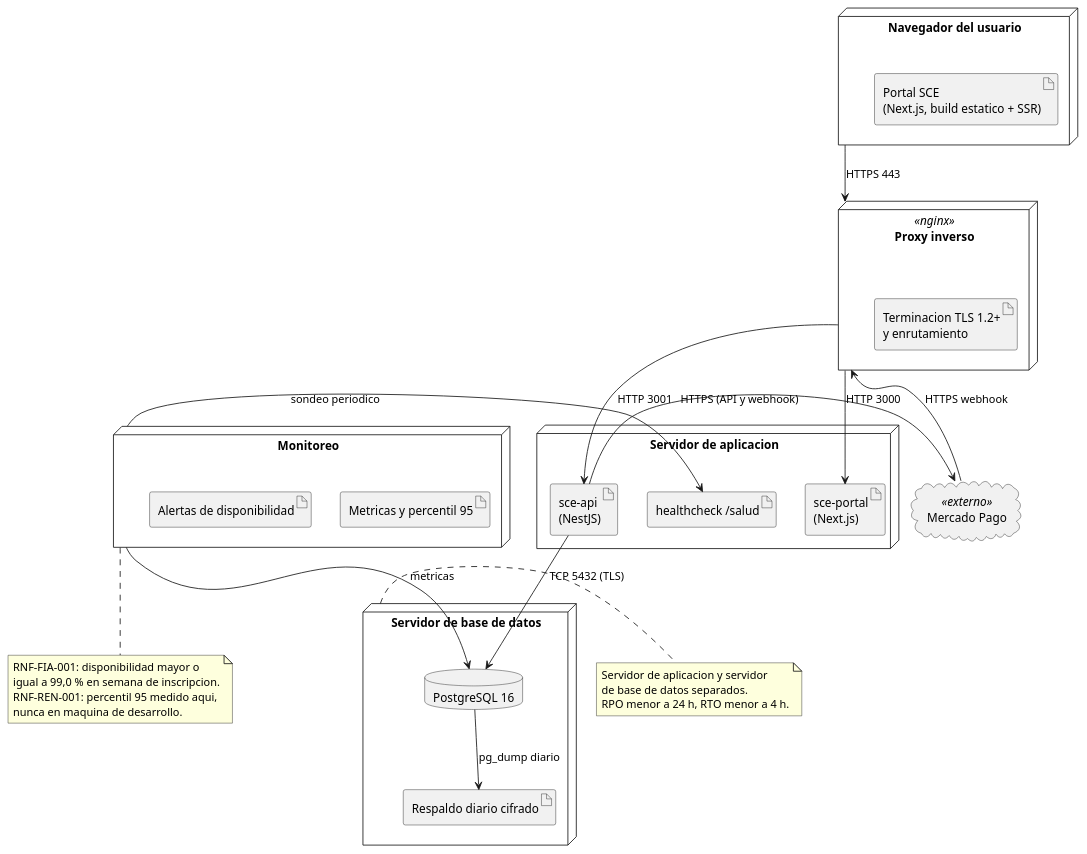
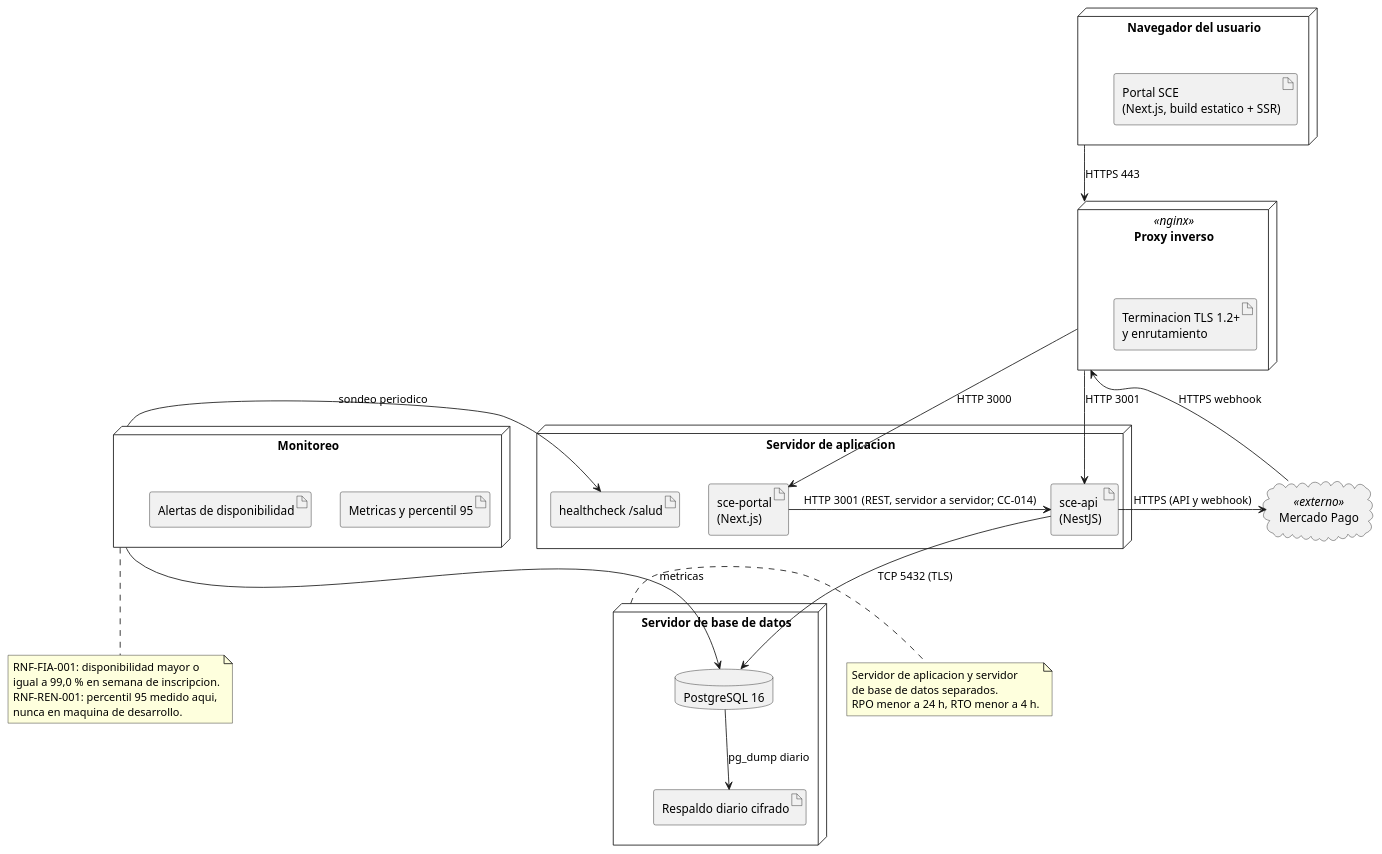
One commit to fjmp-dev/sce-control-escolar changed the diagram in docs/arquitectura/fig09-despliegue.puml. Above: the diagram before and after it, drawn with PlantUML. The commit also changed 18 other files, not shown here.

```diff
--- a/docs/arquitectura/fig09-despliegue.puml
+++ b/docs/arquitectura/fig09-despliegue.puml
@@ -1,55 +1,56 @@
 @startuml fig09-despliegue
 ' Figura 9. Diagrama de despliegue UML del ambiente piloto.
 ' Fuente: SCE-MC-001 v2.0, seccion 13.7 y Tabla 30.
 skinparam shadowing false
 
 node "Navegador del usuario" as CLIENTE {
   artifact "Portal SCE\n(Next.js, build estatico + SSR)" as APP
 }
 
 node "Proxy inverso" as PROXY <<nginx>> {
   artifact "Terminacion TLS 1.2+\ny enrutamiento" as TLS
 }
 
 node "Servidor de aplicacion" as APPSRV {
   artifact "sce-portal\n(Next.js)" as NEXT
   artifact "sce-api\n(NestJS)" as NEST
   artifact "healthcheck /salud" as HC
 }
 
 node "Servidor de base de datos" as DBSRV {
   database "PostgreSQL 16" as PG
   artifact "Respaldo diario cifrado" as BKP
 }
 
 node "Monitoreo" as MON {
   artifact "Metricas y percentil 95" as MET
   artifact "Alertas de disponibilidad" as ALR
 }
 
 cloud "Mercado Pago" as MP <<externo>>
 
 CLIENTE -down-> PROXY : HTTPS 443
 PROXY -down-> NEXT : HTTP 3000
 PROXY -down-> NEST : HTTP 3001
+NEXT -right-> NEST : HTTP 3001 (REST, servidor a servidor; CC-014)
 NEST -down-> PG : TCP 5432 (TLS)
 NEST -right-> MP : HTTPS (API y webhook)
 MP -left-> PROXY : HTTPS webhook
 PG -down-> BKP : pg_dump diario
 MON -left-> HC : sondeo periodico
 MON -down-> PG : metricas
 
 note right of DBSRV
   Servidor de aplicacion y servidor
   de base de datos separados.
   RPO menor a 24 h, RTO menor a 4 h.
 end note
 
 note bottom of MON
   RNF-FIA-001: disponibilidad mayor o
   igual a 99,0 % en semana de inscripcion.
   RNF-REN-001: percentil 95 medido aqui,
   nunca en maquina de desarrollo.
 end note
 
 @enduml
```
